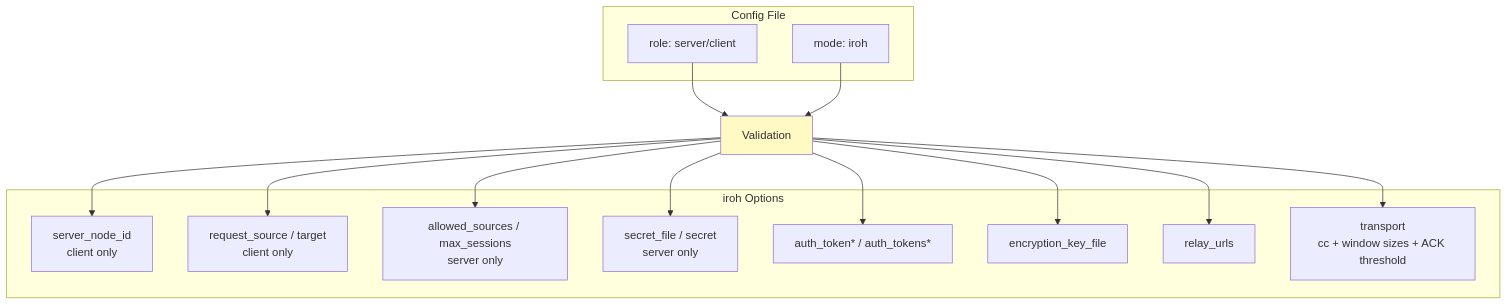
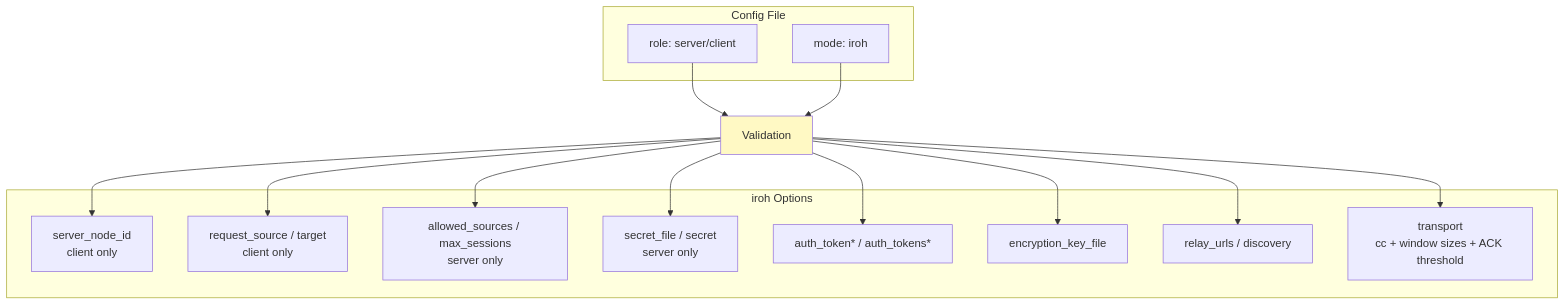
The tenth of 22 diagrams in docs/ARCHITECTURE.md (andrewtheguy/tunnel-rs), drawn with Mermaid before and after one commit. The commit also changed 12 other files, not shown here.

````diff
--- a/docs/ARCHITECTURE.md
+++ b/docs/ARCHITECTURE.md
@@ -343,31 +343,31 @@
 ```mermaid
 graph TB
     subgraph "Config File"
         A[role: server/client]
         B[mode: iroh]
     end
 
     subgraph "iroh Options"
         C[server_node_id<br/>client only]
         D[request_source / target<br/>client only]
         E[allowed_sources / max_sessions<br/>server only]
         F[secret_file / secret<br/>server only]
         G[auth_token* / auth_tokens*]
         H[encryption_key_file]
-        I[relay_urls]
+        I[relay_urls / discovery]
         J[transport<br/>cc + window sizes + ACK threshold]
     end
 
     A --> S[Validation]
     B --> S
     S --> C
     S --> D
     S --> E
     S --> F
     S --> G
     S --> H
     S --> I
     S --> J
 
     style S fill:#FFF9C4
 ```
````
